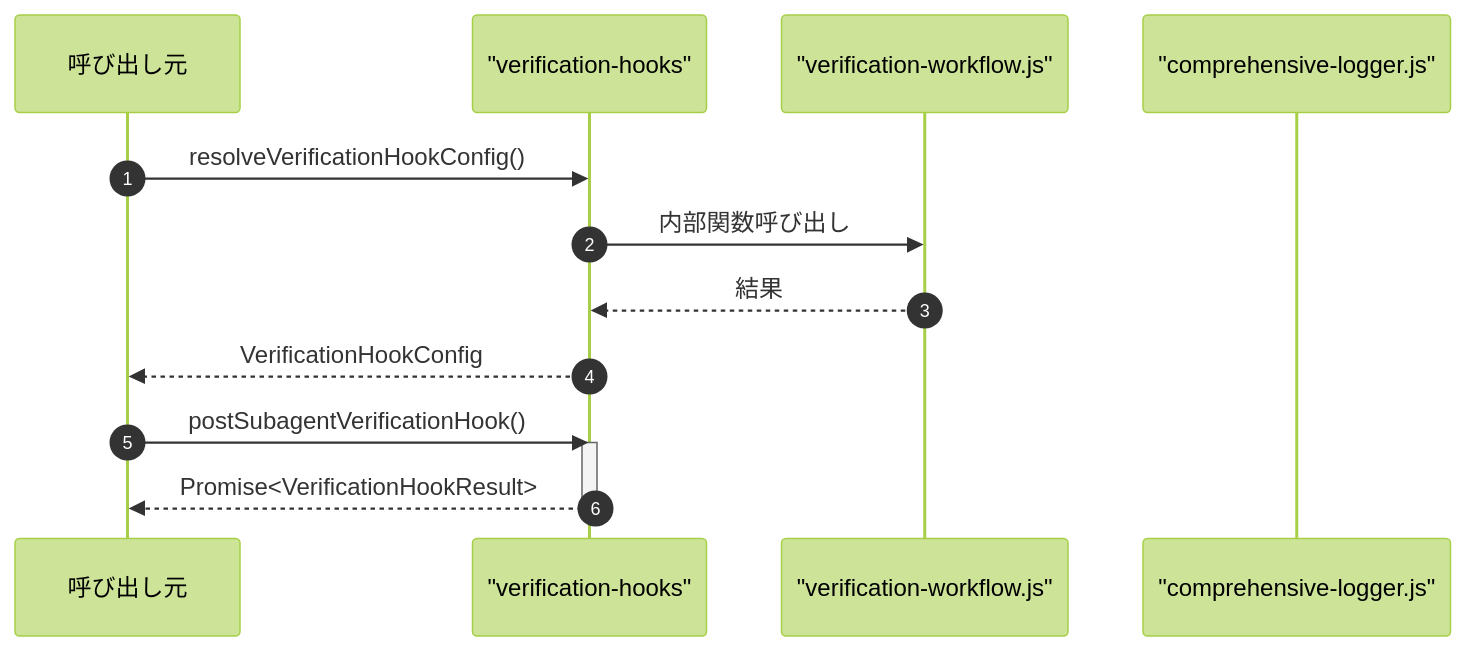
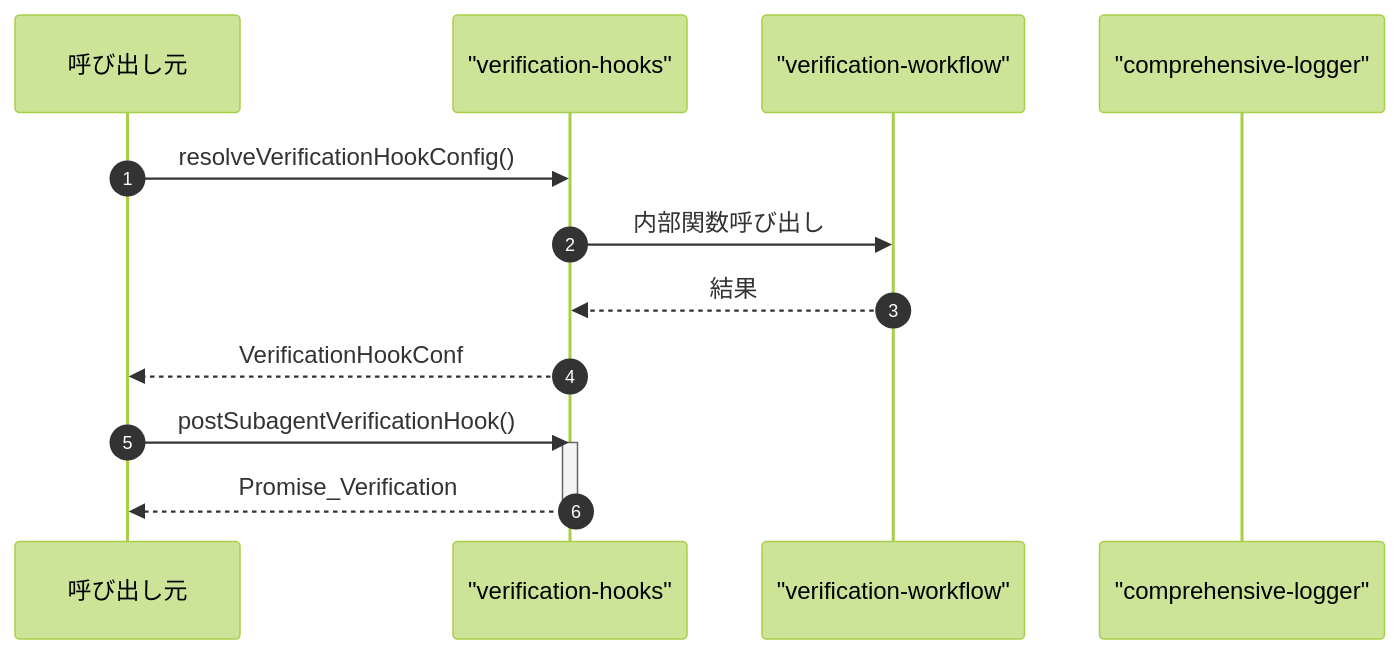
The fourth of 4 diagrams in ABDD/.pi/extensions/shared/verification-hooks.md (Mekann2904/mekann), drawn with Mermaid (forest theme) before and after one commit. The commit also changed other lines of this file and 174 other files, not shown here.

First line of the commit message:
fix(docs): ABDDのMermaid図生成エラーを修正する

````diff
--- a/ABDD/.pi/extensions/shared/verification-hooks.md
+++ b/ABDD/.pi/extensions/shared/verification-hooks.md
@@ -89,18 +89,18 @@
 ```mermaid
 sequenceDiagram
   autonumber
   participant Caller as 呼び出し元
   participant verification_hooks as "verification-hooks"
-  participant verification_workflow_js as "verification-workflow.js"
-  participant comprehensive_logger_js as "comprehensive-logger.js"
+  participant verification_workflow as "verification-workflow"
+  participant comprehensive_logger as "comprehensive-logger"
 
   Caller->>verification_hooks: resolveVerificationHookConfig()
-  verification_hooks->>verification_workflow_js: 内部関数呼び出し
-  verification_workflow_js-->>verification_hooks: 結果
-  verification_hooks-->>Caller: VerificationHookConfig
+  verification_hooks->>verification_workflow: 内部関数呼び出し
+  verification_workflow-->>verification_hooks: 結果
+  verification_hooks-->>Caller: VerificationHookConf
 
   Caller->>verification_hooks: postSubagentVerificationHook()
   activate verification_hooks
-  verification_hooks-->>Caller: Promise<VerificationHookResult>
+  verification_hooks-->>Caller: Promise_Verification
   deactivate verification_hooks
 ```
````
